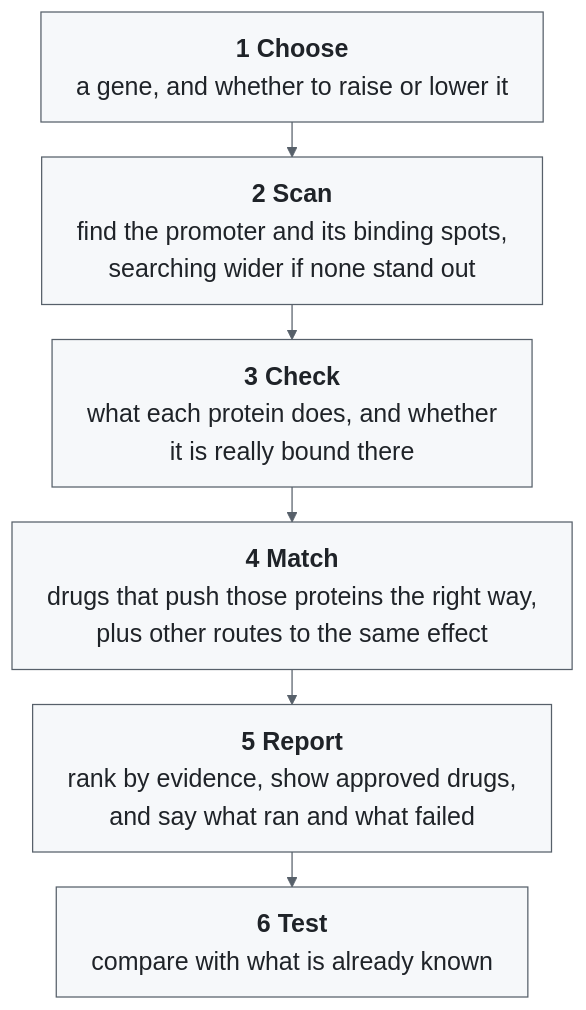
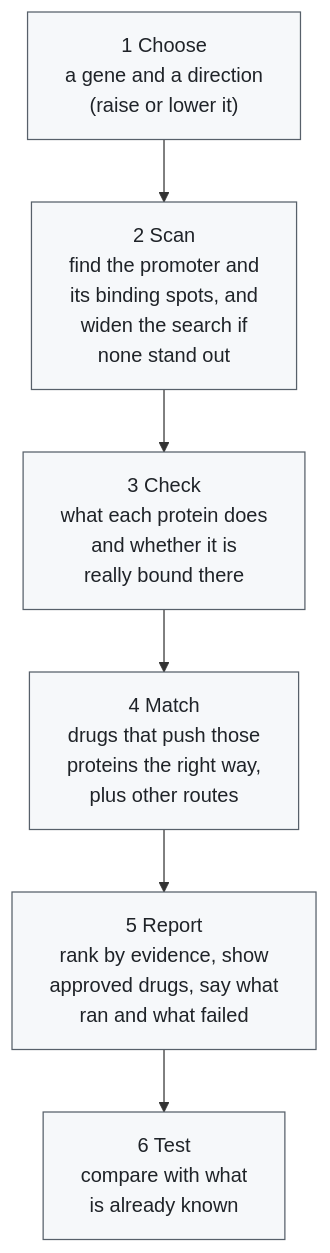
The diagram in docs/pipeline.mmd (kjmartin44/Martins), drawn with Mermaid before and after one commit. The commit also changed 13 other files, not shown here.

First line of the commit message:
Demote unknown-direction routes CTD contradicts, add upstream factors option, simplify README graphic

```diff
--- a/docs/pipeline.mmd
+++ b/docs/pipeline.mmd
@@ -1,22 +1,10 @@
----
-config:
-  theme: base
-  themeVariables:
-    fontSize: 20px
-    primaryColor: "#f6f8fa"
-    primaryTextColor: "#1f2328"
-    primaryBorderColor: "#57606a"
-    lineColor: "#57606a"
-  flowchart:
-    wrappingWidth: 460
-    rankSpacing: 28
-    padding: 14
----
 flowchart TB
-    A["<b>1 Choose</b><br/>a gene, and whether to raise or lower it"]
-    B["<b>2 Scan</b><br/>find the promoter and its binding spots,<br/>searching wider if none stand out"]
-    C["<b>3 Check</b><br/>what each protein does, and whether<br/>it is really bound there"]
-    D["<b>4 Match</b><br/>drugs that push those proteins the right way,<br/>plus other routes to the same effect"]
-    E["<b>5 Report</b><br/>rank by evidence, show approved drugs,<br/>and say what ran and what failed"]
-    F["<b>6 Test</b><br/>compare with what is already known"]
+    A["1 Choose<br/>a gene and a direction<br/>(raise or lower it)"]
+    B["2 Scan<br/>find the promoter and<br/>its binding spots, and<br/>widen the search if<br/>none stand out"]
+    C["3 Check<br/>what each protein does<br/>and whether it is<br/>really bound there"]
+    D["4 Match<br/>drugs that push those<br/>proteins the right way,<br/>plus other routes"]
+    E["5 Report<br/>rank by evidence, show<br/>approved drugs, say what<br/>ran and what failed"]
+    F["6 Test<br/>compare with what<br/>is already known"]
     A --> B --> C --> D --> E --> F
+    classDef step fill:#f6f8fa,stroke:#57606a,color:#1f2328
+    class A,B,C,D,E,F step
```
